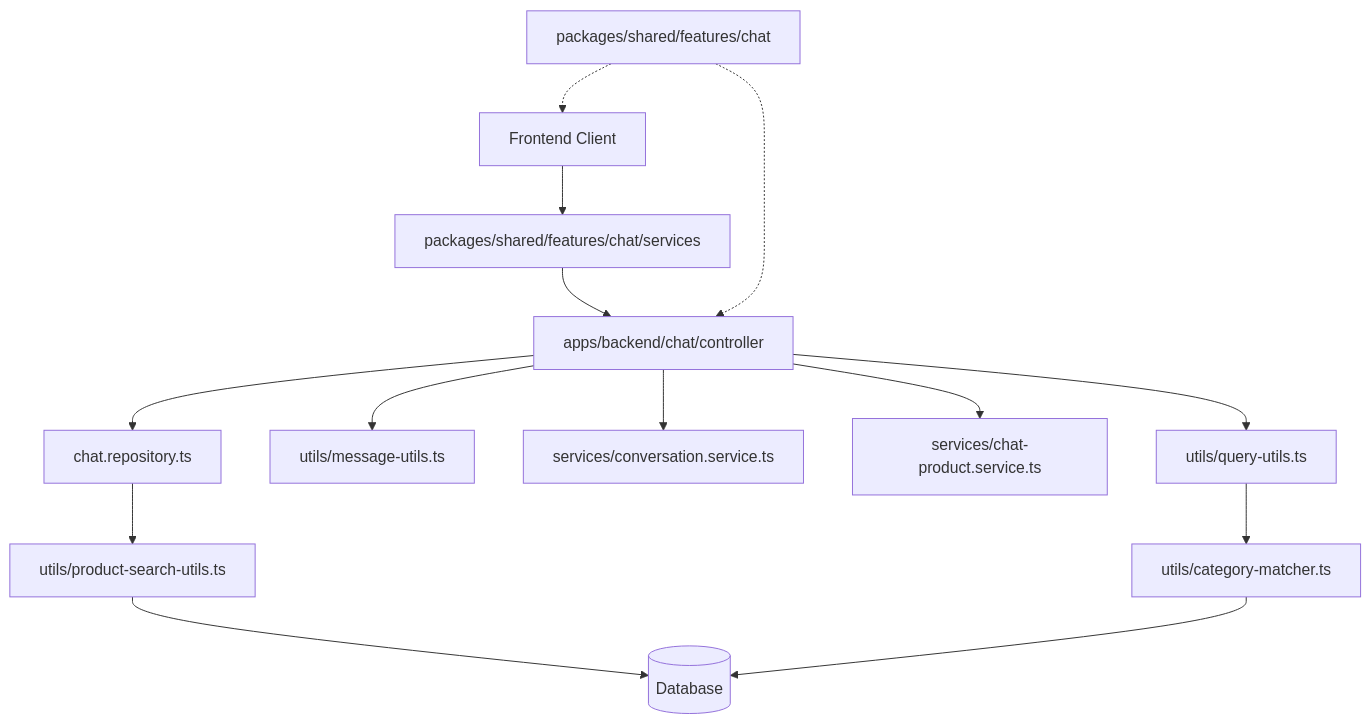
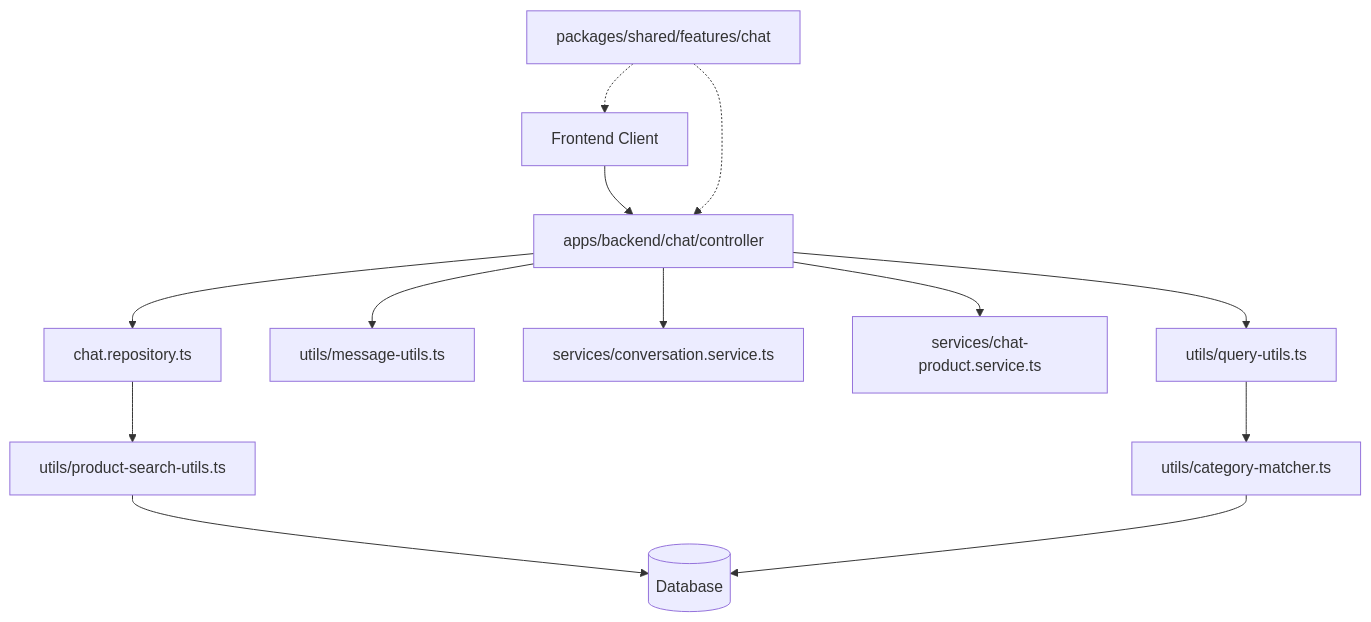
The diagram in apps/backend/src/features/chat/README.md (dennisvaga/bodyfuel), drawn with Mermaid before and after one commit. The commit also changed other lines of this file, not shown here.

Commit message:
refactor: Simplify chat architecture by consolidating services and improving frontend-backend communication

````diff
--- a/apps/backend/src/features/chat/README.md
+++ b/apps/backend/src/features/chat/README.md
@@ -44,20 +44,19 @@
 ```mermaid
 flowchart TD
-    Client[Frontend Client] --> ChatService[packages/shared/features/chat/services]
-    ChatService --> BackendAPI[apps/backend/chat/controller]
+    Client[Frontend Client] --> BackendAPI[apps/backend/chat/controller]
 
     BackendAPI --> QueryUtils[utils/query-utils.ts]
     BackendAPI --> MessageUtils[utils/message-utils.ts]
     BackendAPI --> ConversationService[services/conversation.service.ts]
 
     BackendAPI --> ProductService[services/chat-product.service.ts]
     BackendAPI --> Repository[chat.repository.ts]
 
     QueryUtils --> CategoryMatcher[utils/category-matcher.ts]
     Repository --> ProductSearchUtils[utils/product-search-utils.ts]
     ProductSearchUtils --> Database[(Database)]
     CategoryMatcher --> Database
 
     SharedTypes[packages/shared/features/chat] -.-> BackendAPI
     SharedTypes -.-> Client
 ```
````
